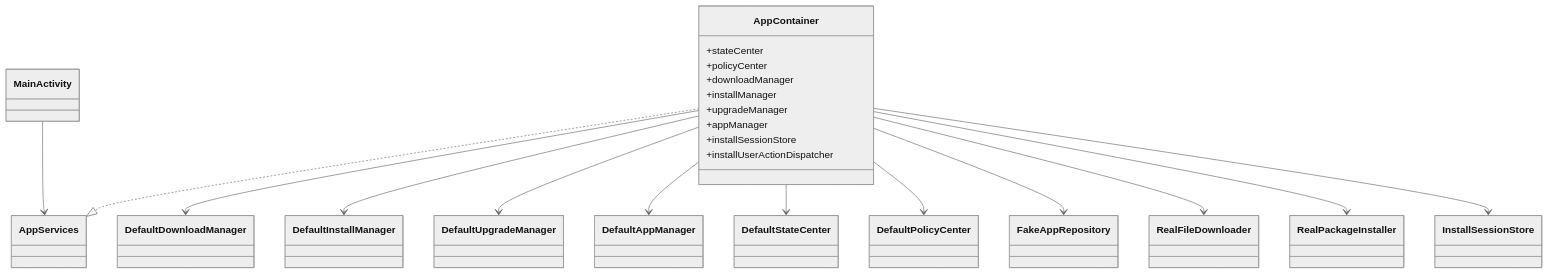
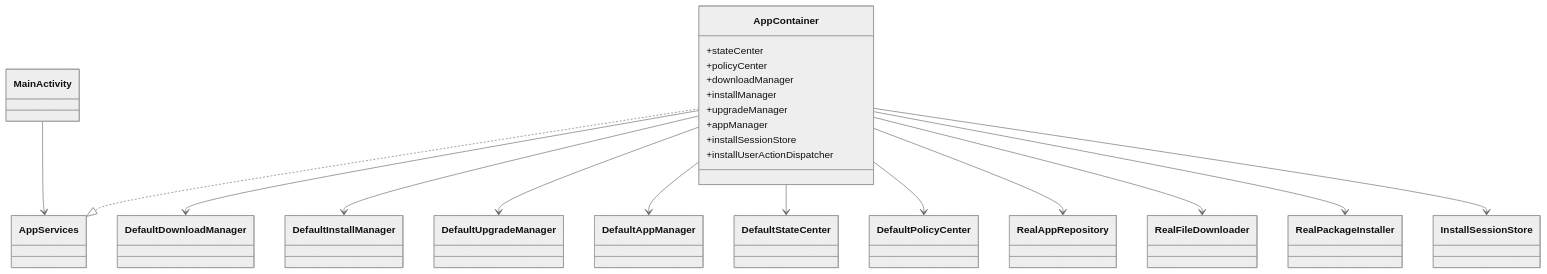
Before and after one commit to XZQ/CarAppStore: the first of 4 diagrams in docs/04-类图与关系图.md, drawn with Mermaid (neutral theme). The commit also changed other lines of this file and 20 other files, not shown here.

````diff
--- a/docs/04-类图与关系图.md
+++ b/docs/04-类图与关系图.md
@@ -5,40 +5,40 @@
 ```mermaid
 classDiagram
 
 class AppContainer {
   +stateCenter
   +policyCenter
   +downloadManager
   +installManager
   +upgradeManager
   +appManager
   +installSessionStore
   +installUserActionDispatcher
 }
 
 class AppServices
 class MainActivity
 class DefaultDownloadManager
 class DefaultInstallManager
 class DefaultUpgradeManager
 class DefaultAppManager
 class DefaultStateCenter
 class DefaultPolicyCenter
-class FakeAppRepository
+class RealAppRepository
 class RealFileDownloader
 class RealPackageInstaller
 class InstallSessionStore
 
 AppContainer ..|> AppServices
 MainActivity --> AppServices
 AppContainer --> DefaultDownloadManager
 AppContainer --> DefaultInstallManager
 AppContainer --> DefaultUpgradeManager
 AppContainer --> DefaultAppManager
 AppContainer --> DefaultStateCenter
 AppContainer --> DefaultPolicyCenter
-AppContainer --> FakeAppRepository
+AppContainer --> RealAppRepository
 AppContainer --> RealFileDownloader
 AppContainer --> RealPackageInstaller
 AppContainer --> InstallSessionStore
 ```
````
